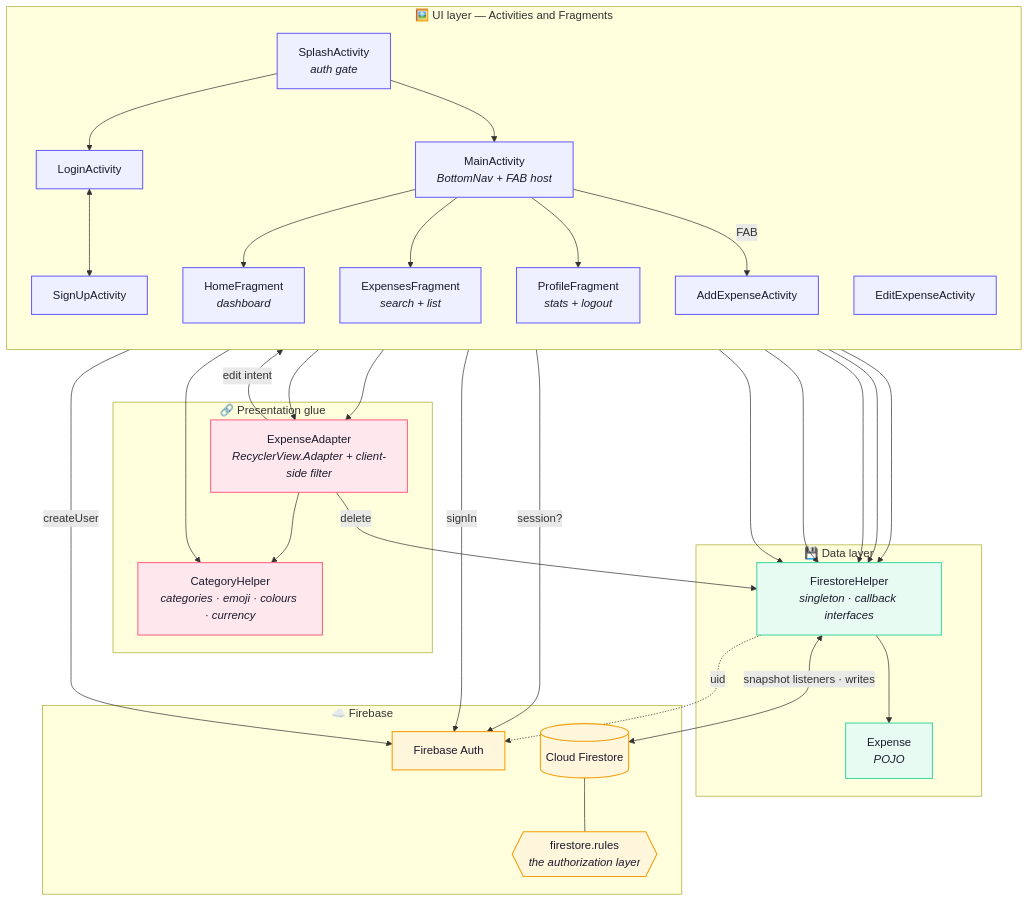
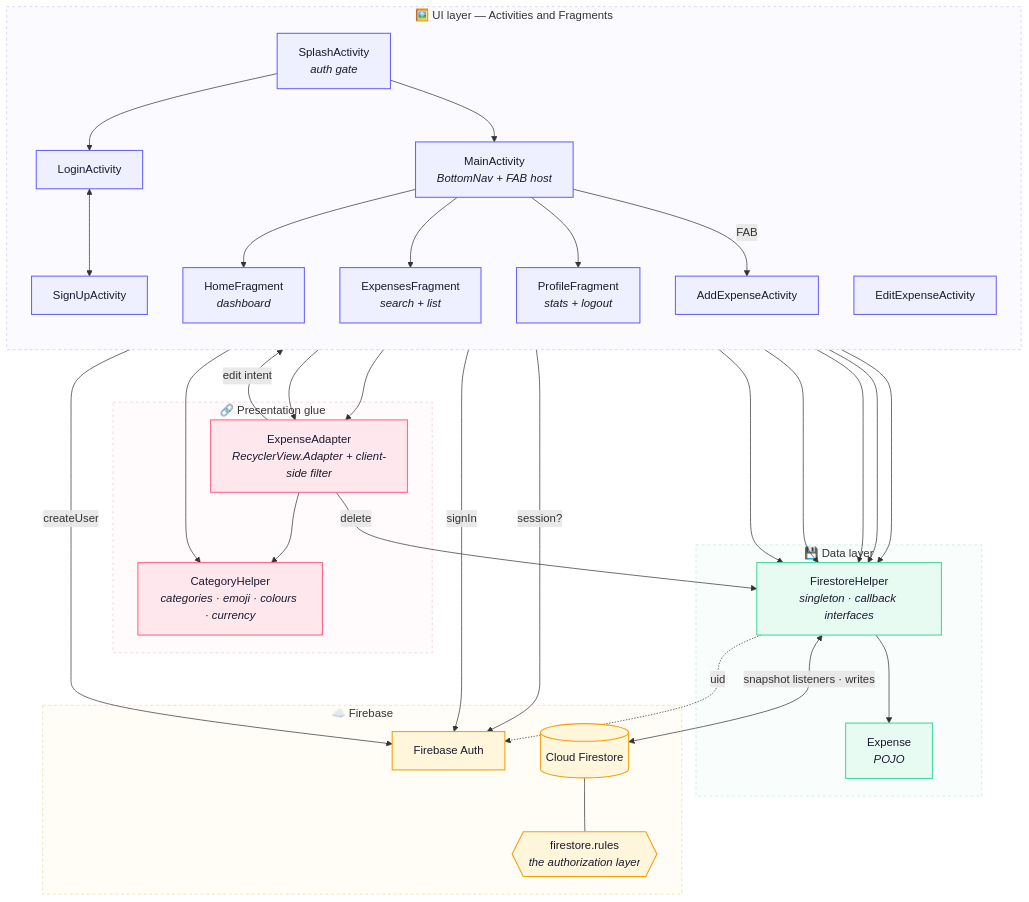
One commit to Ahmadhsn1/SpendSmart changed the first of 3 diagrams in README.md. Above: the diagram before and after it, drawn with Mermaid. The commit also changed other lines of this file, not shown here.

Commit message:
docs: tighten Mermaid diagram rendering in the README
Two cosmetic defects surfaced by rendering all three diagrams through
Mermaid 11 — the same version GitHub ships — rather than trusting that
valid syntax implies a clean picture.

The architecture flowchart's four subgraphs were falling back to
Mermaid's default pale-yellow container fill, which fought the pastel
classDef palette applied to the nodes inside them. Each subgraph now
carries an explicit tint keyed to its layer, with a dashed stroke so the
grouping reads as a boundary rather than another box.

In the write-path sequence diagram, the two self-messages wrapped onto
three lines and the text collided with the curved self-arrow. The
validation step is now a single line, and the rules predicate moved to a
`Note over` — which is what it always was semantically: an annotation on
firestore.rules, not a message it sends to itself.

````diff
--- a/README.md
+++ b/README.md
@@ -110,60 +110,65 @@
 ```mermaid
 flowchart TD
     subgraph UI["🖼️  UI layer — Activities and Fragments"]
         direction TB
         SPL["SplashActivity<br/><i>auth gate</i>"]
         LOG["LoginActivity"]
         SGN["SignUpActivity"]
         MAIN["MainActivity<br/><i>BottomNav + FAB host</i>"]
         HOME["HomeFragment<br/><i>dashboard</i>"]
         EXP["ExpensesFragment<br/><i>search + list</i>"]
         PRO["ProfileFragment<br/><i>stats + logout</i>"]
         ADD["AddExpenseActivity"]
         EDT["EditExpenseActivity"]
     end
 
     subgraph BIND["🔗  Presentation glue"]
         ADP["ExpenseAdapter<br/><i>RecyclerView.Adapter&nbsp;+&nbsp;client-side filter</i>"]
         CAT["CategoryHelper<br/><i>categories · emoji · colours · currency</i>"]
     end
 
     subgraph DATA["💾  Data layer"]
         FH["FirestoreHelper<br/><i>singleton · callback interfaces</i>"]
         MDL["Expense<br/><i>POJO</i>"]
     end
 
     subgraph CLOUD["☁️  Firebase"]
         AUTH["Firebase Auth"]
         FS[("Cloud Firestore")]
         RULES{{"firestore.rules<br/><i>the authorization layer</i>"}}
     end
 
     SPL -->|"session?"| AUTH
     SPL --> LOG
     SPL --> MAIN
     LOG <--> SGN
     LOG -->|"signIn"| AUTH
     SGN -->|"createUser"| AUTH
     MAIN --> HOME & EXP & PRO
     MAIN -->|"FAB"| ADD
     HOME & EXP --> ADP
     ADP -->|"edit intent"| EDT
     ADP --> CAT
     HOME --> CAT
 
     HOME & EXP & PRO & ADD & EDT --> FH
     ADP -->|"delete"| FH
     FH --> MDL
     FH <-->|"snapshot listeners · writes"| FS
     FS --- RULES
     FH -.->|"uid"| AUTH
 
     classDef ui     fill:#EEF0FF,stroke:#6C63FF,stroke-width:1.5px,color:#1A1A2E
     classDef glue   fill:#FFE8ED,stroke:#FF6584,stroke-width:1.5px,color:#1A1A2E
     classDef data   fill:#E7FBF3,stroke:#43D9A2,stroke-width:1.5px,color:#1A1A2E
     classDef cloud  fill:#FFF6DC,stroke:#F59E0B,stroke-width:1.5px,color:#1A1A2E
     class SPL,LOG,SGN,MAIN,HOME,EXP,PRO,ADD,EDT ui
     class ADP,CAT glue
     class FH,MDL data
     class AUTH,FS,RULES cloud
+
+    style UI    fill:#FBFBFF,stroke:#C9CBEC,stroke-dasharray:4 4
+    style BIND  fill:#FFFAFB,stroke:#EFC9D2,stroke-dasharray:4 4
+    style DATA  fill:#F9FEFC,stroke:#BEE8DA,stroke-dasharray:4 4
+    style CLOUD fill:#FFFDF6,stroke:#EBD9A8,stroke-dasharray:4 4
 ```
````
